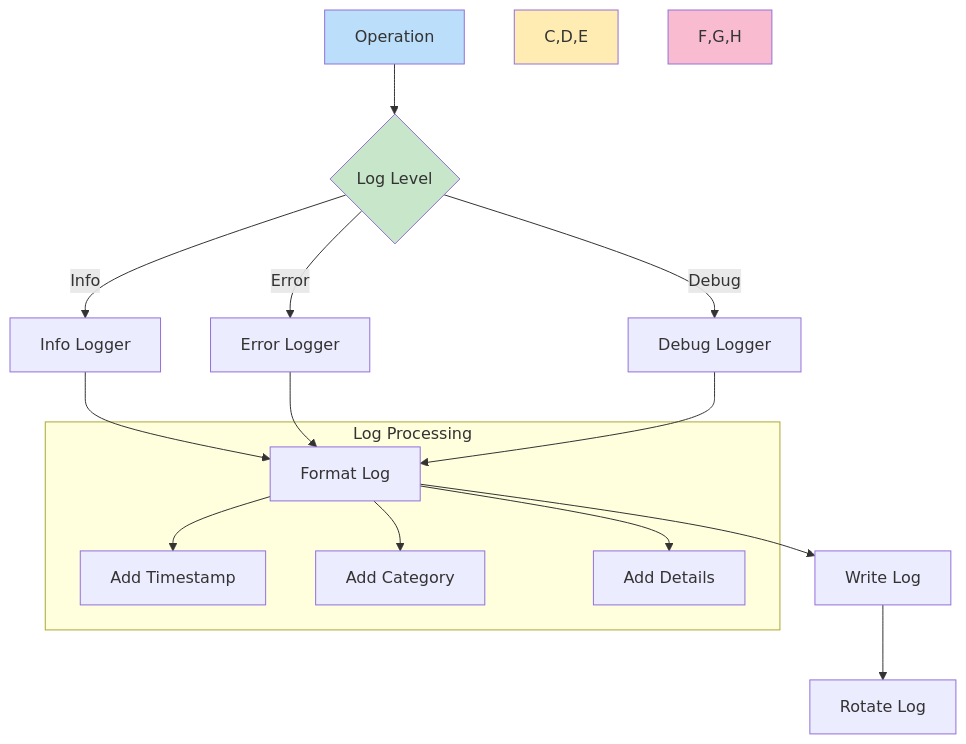
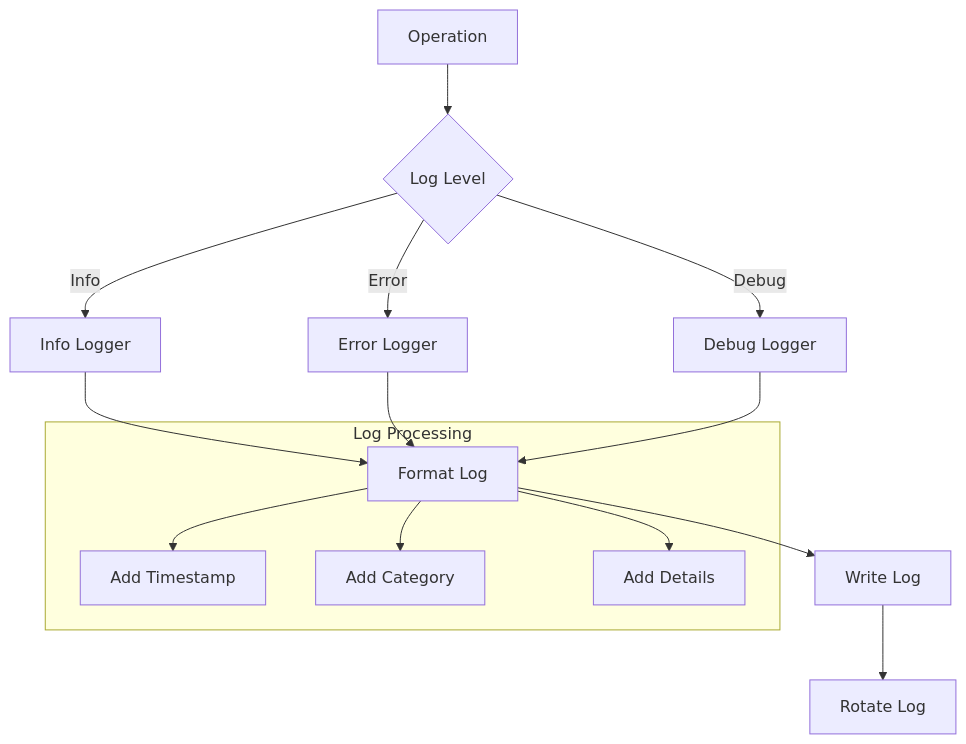
One commit to LGICCommunity/NoteCLI changed the ninth of 17 diagrams in Docs/DevelopmentGuide/DETAILED_IMPLEMENTATION.md. Above: the diagram before and after it, drawn with Mermaid. The commit also changed other lines of this file and 1 other file, not shown here.

````diff
--- a/Docs/DevelopmentGuide/DETAILED_IMPLEMENTATION.md
+++ b/Docs/DevelopmentGuide/DETAILED_IMPLEMENTATION.md
@@ -231,25 +214,21 @@
 ```mermaid
 flowchart TD
     A[Operation] --> B{Log Level}
     B -->|Info| C[Info Logger]
     B -->|Error| D[Error Logger]
     B -->|Debug| E[Debug Logger]
     
     C --> F[Format Log]
     D --> F
     E --> F
     
     F --> G[Write Log]
     G --> H[Rotate Log]
     
     subgraph "Log Processing"
         F --> I[Add Timestamp]
         F --> J[Add Category]
         F --> K[Add Details]
     end
     
-    style A fill:#bbdefb
-    style B fill:#c8e6c9
-    style C,D,E fill:#ffecb3
-    style F,G,H fill:#f8bbd0
 ```
````
